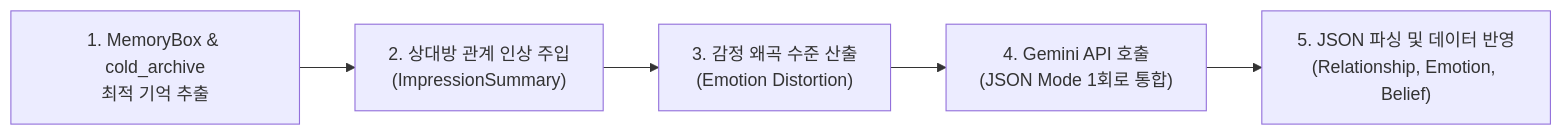
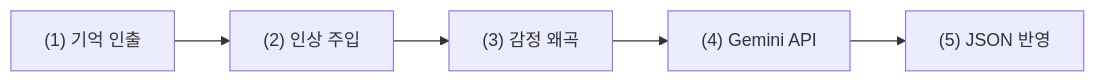
The fourth of 4 diagrams in MundusVivens/docs/02_agent_design.md (jin20203458/Obsidian.Agent), drawn with Mermaid before and after one commit. The commit also changed other lines of this file, not shown here.

Commit message:
docs: compact all Mermaid diagrams (architecture, dialogue pipeline) for GitHub viewport

````diff
--- a/MundusVivens/docs/02_agent_design.md
+++ b/MundusVivens/docs/02_agent_design.md
@@ -238,7 +238,7 @@
 ```mermaid
 flowchart LR
-    A["1. MemoryBox & cold_archive<br/>최적 기억 추출"] --> B["2. 상대방 관계 인상 주입<br/>(ImpressionSummary)"]
-    B --> C["3. 감정 왜곡 수준 산출<br/>(Emotion Distortion)"]
-    C --> D["4. Gemini API 호출<br/>(JSON Mode 1회로 통합)"]
-    D --> E["5. JSON 파싱 및 데이터 반영<br/>(Relationship, Emotion, Belief)"]
+    A["(1) 기억 인출"] --> B["(2) 인상 주입"]
+    B --> C["(3) 감정 왜곡"]
+    C --> D["(4) Gemini API"]
+    D --> E["(5) JSON 반영"]
 ```
````
